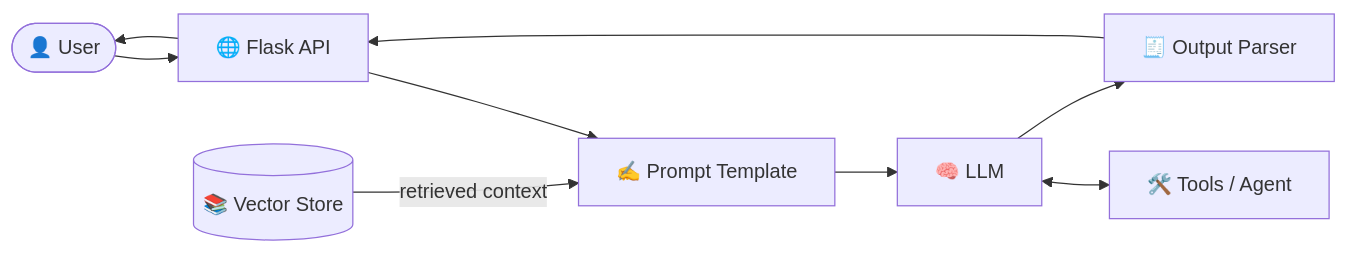
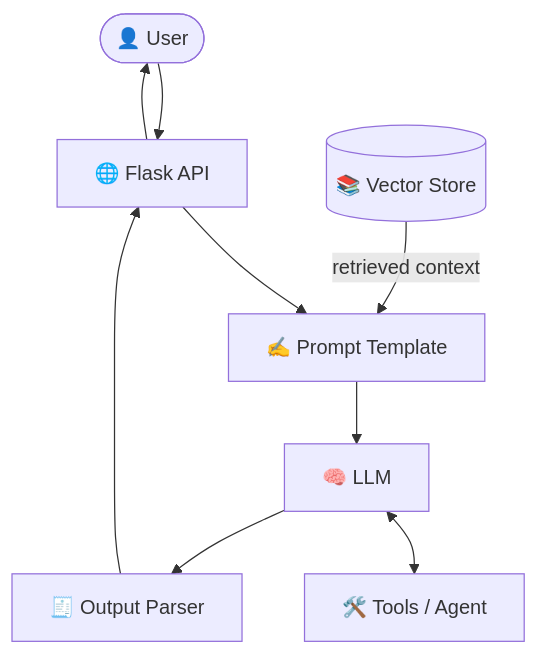
One commit to Nrup2021/Generative-AI-LangChain-Beginner-to-Practical-Guide changed the second of 14 diagrams in README.md. Above: the diagram before and after it, drawn with Mermaid.

````diff
--- a/README.md
+++ b/README.md
@@ -88,10 +88,10 @@
 ```mermaid
-flowchart LR
+flowchart TD
     U(["👤 User"]) --> API["🌐 Flask API"]
     API --> P["✍️ Prompt Template"]
     P --> M["🧠 LLM"]
     R[("📚 Vector Store")] -- "retrieved context" --> P
     M <--> T["🛠️ Tools / Agent"]
     M --> O["🧾 Output Parser"]
     O --> API --> U
 ```
````
